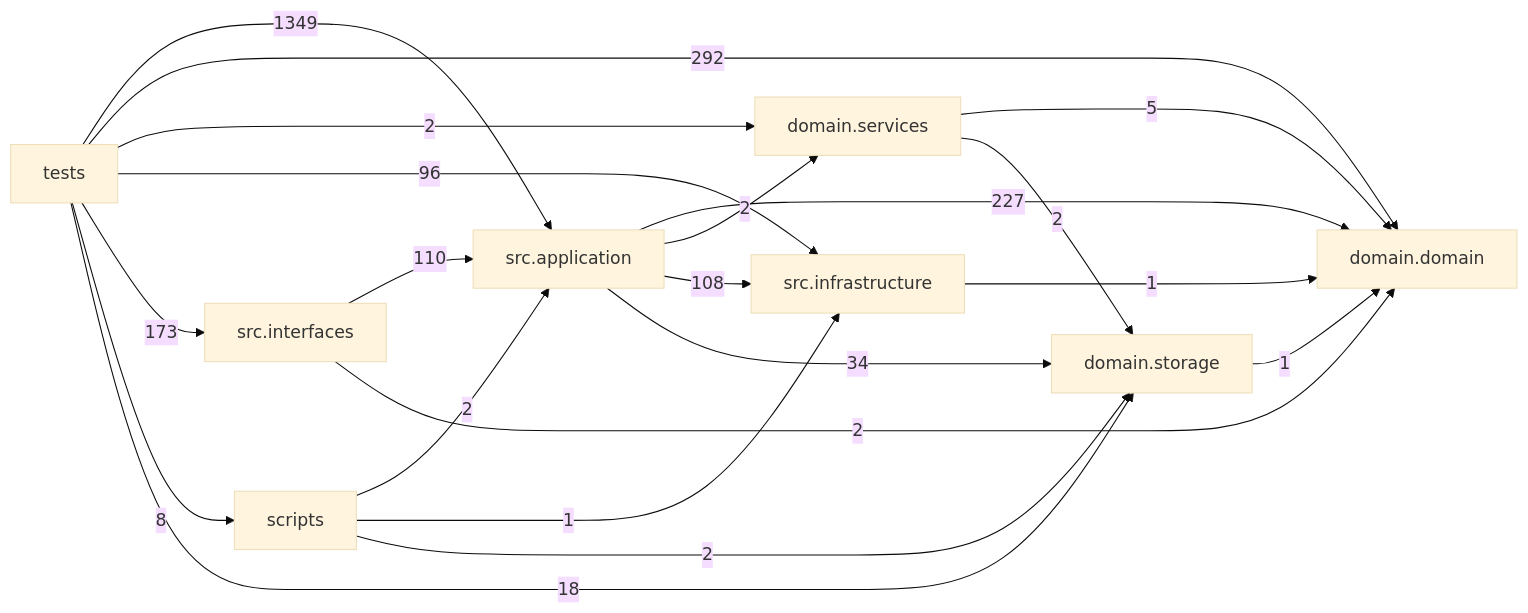
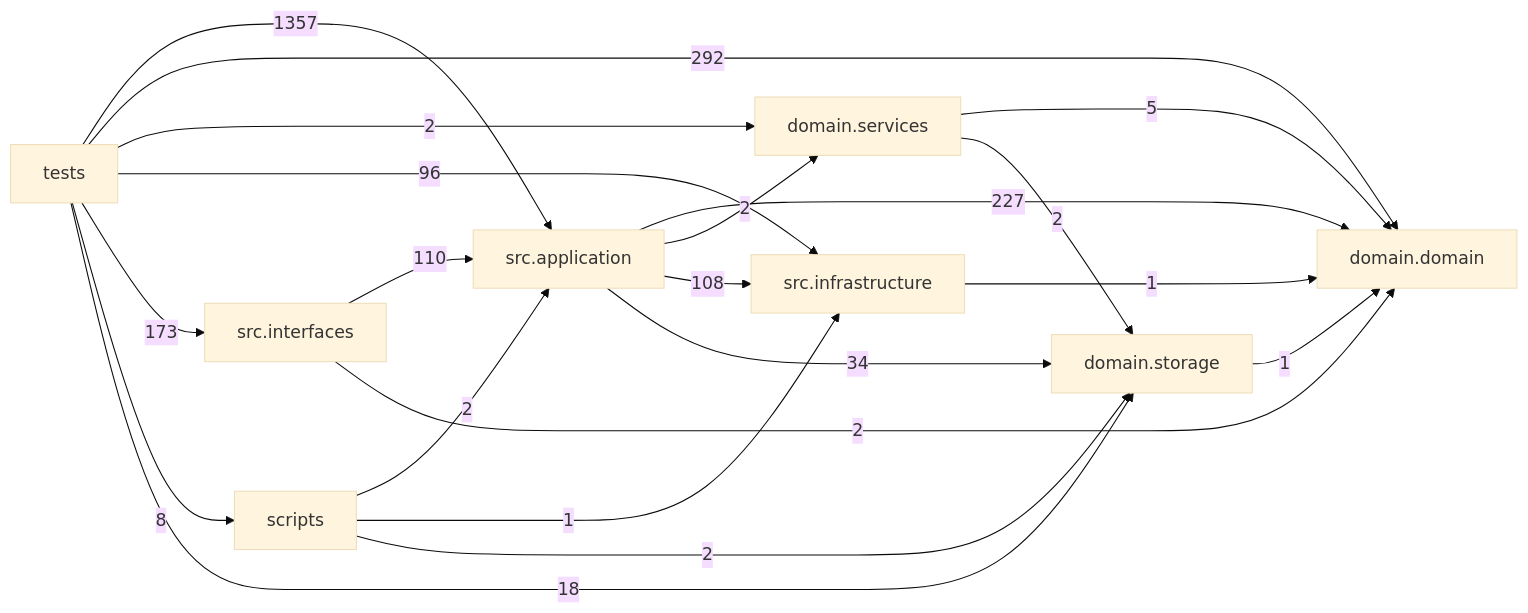
Before and after one commit to liuxie066/options-monitor: the diagram in docs/DEPENDENCY_GRAPH.md, drawn with Mermaid (base theme). The commit also changed other lines of this file, not shown here.

Commit message:
Refresh dependency graph for release

````diff
--- a/docs/DEPENDENCY_GRAPH.md
+++ b/docs/DEPENDENCY_GRAPH.md
@@ -24,31 +24,31 @@
 ```mermaid
 flowchart LR
   tests["tests"]
   scripts["scripts"]
   interfaces["src.interfaces"]
   application["src.application"]
   infrastructure["src.infrastructure"]
   domain_services["domain.services"]
   domain["domain.domain"]
   storage["domain.storage"]
   application -->|227| domain
   application -->|2| domain_services
   application -->|108| infrastructure
   application -->|34| storage
   domain_services -->|5| domain
   domain_services -->|2| storage
   infrastructure -->|1| domain
   interfaces -->|110| application
   interfaces -->|2| domain
   scripts -->|2| application
   scripts -->|1| infrastructure
   scripts -->|2| storage
   storage -->|1| domain
-  tests -->|1349| application
+  tests -->|1357| application
   tests -->|292| domain
   tests -->|2| domain_services
   tests -->|96| infrastructure
   tests -->|173| interfaces
   tests -->|8| scripts
   tests -->|18| storage
 ```
````
